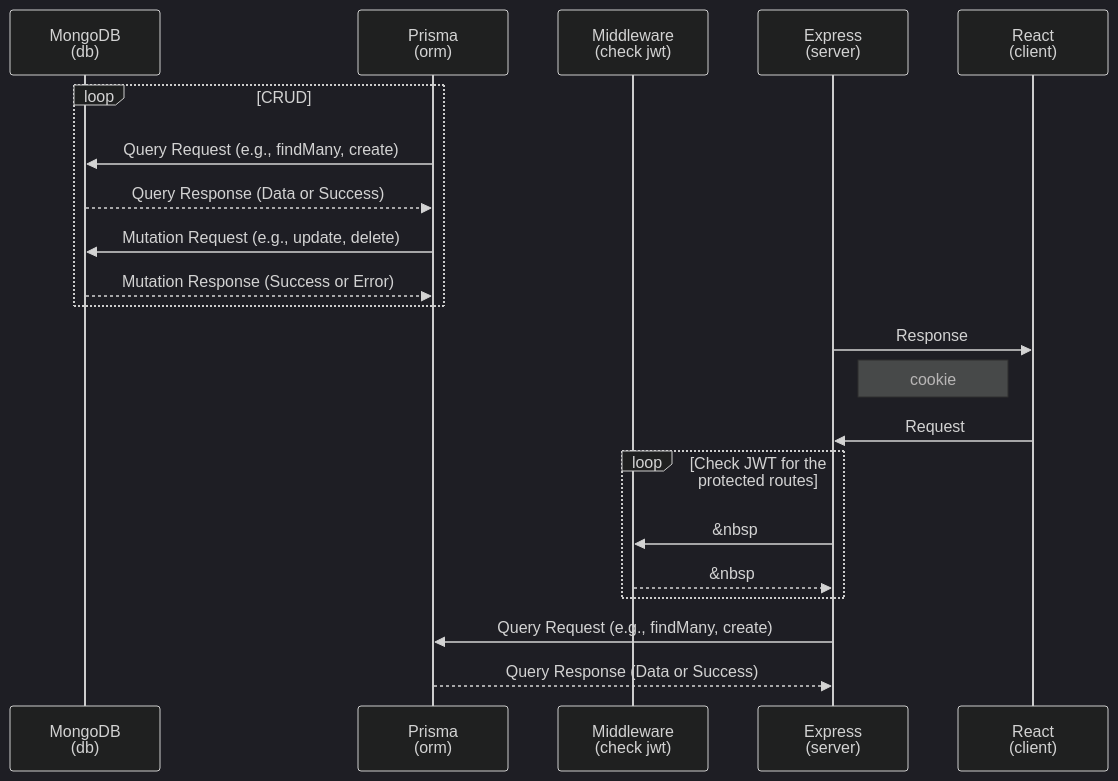
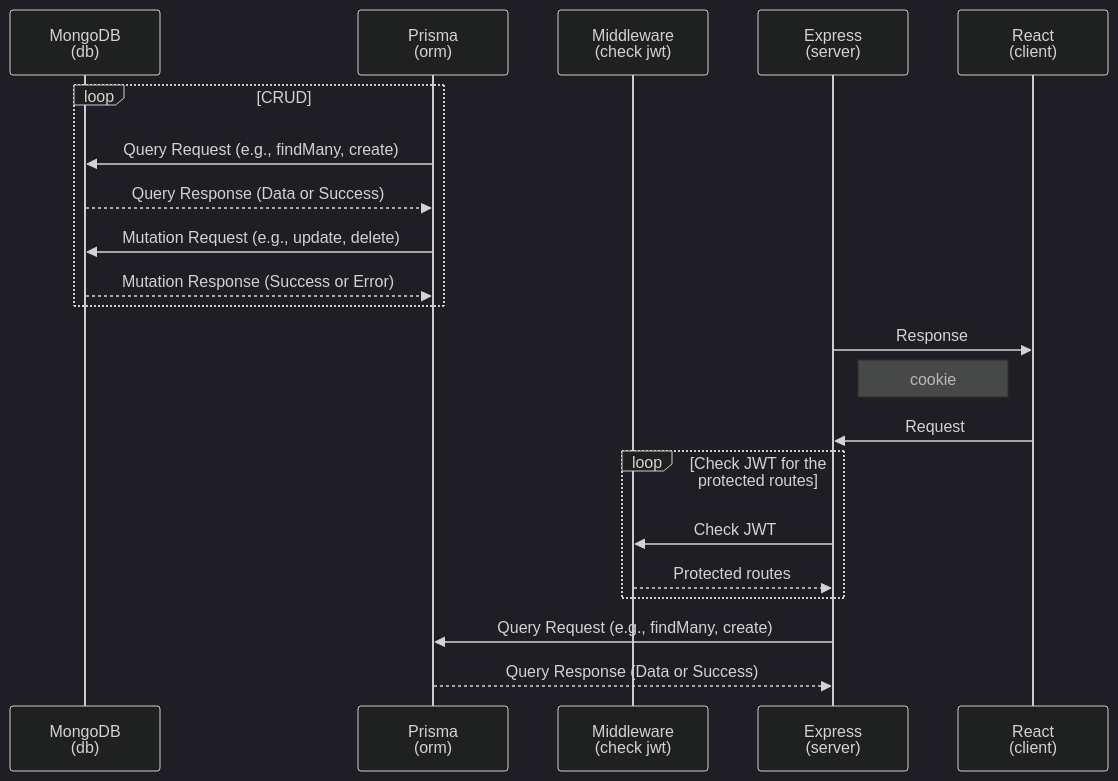
The second of 2 diagrams in README.md (Louis-jk/full-stack-estate), drawn with Mermaid (dark theme) before and after one commit.

Commit message:
sequence update

````diff
--- a/README.md
+++ b/README.md
@@ -122,30 +122,30 @@
 ```mermaid
 sequenceDiagram
     participant M as MongoDB<br />(db)
     participant P as Prisma<br />(orm)
     participant W as Middleware<br />(check jwt)
     participant E as Express<br />(server)
     participant R as React<br />(client)
 
 
     loop CRUD
         P->>M: Query Request (e.g., findMany, create)
         M-->>P: Query Response (Data or Success)
 
         P->>M: Mutation Request (e.g., update, delete)
         M-->>P: Mutation Response (Success or Error)
     end
 
     E->>R: Response
     Note left of R: cookie
     R->>E: Request
 
     loop Check JWT for the protected routes
-        E->>W: &nbsp;
-        W-->>E: &nbsp;
+        E->>W: Check JWT;
+        W-->>E: Protected routes;
     end
 
     E->>P: Query Request (e.g., findMany, create)
     P-->>E: Query Response (Data or Success)
 
 ```
````
